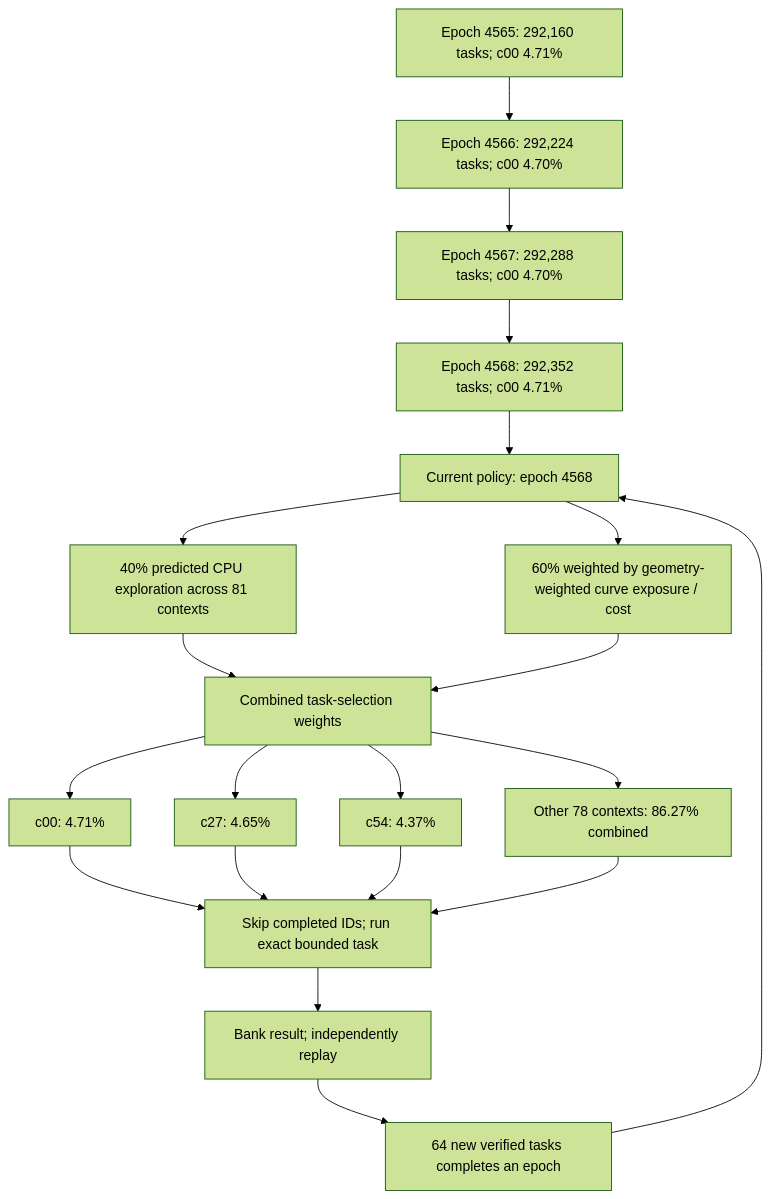
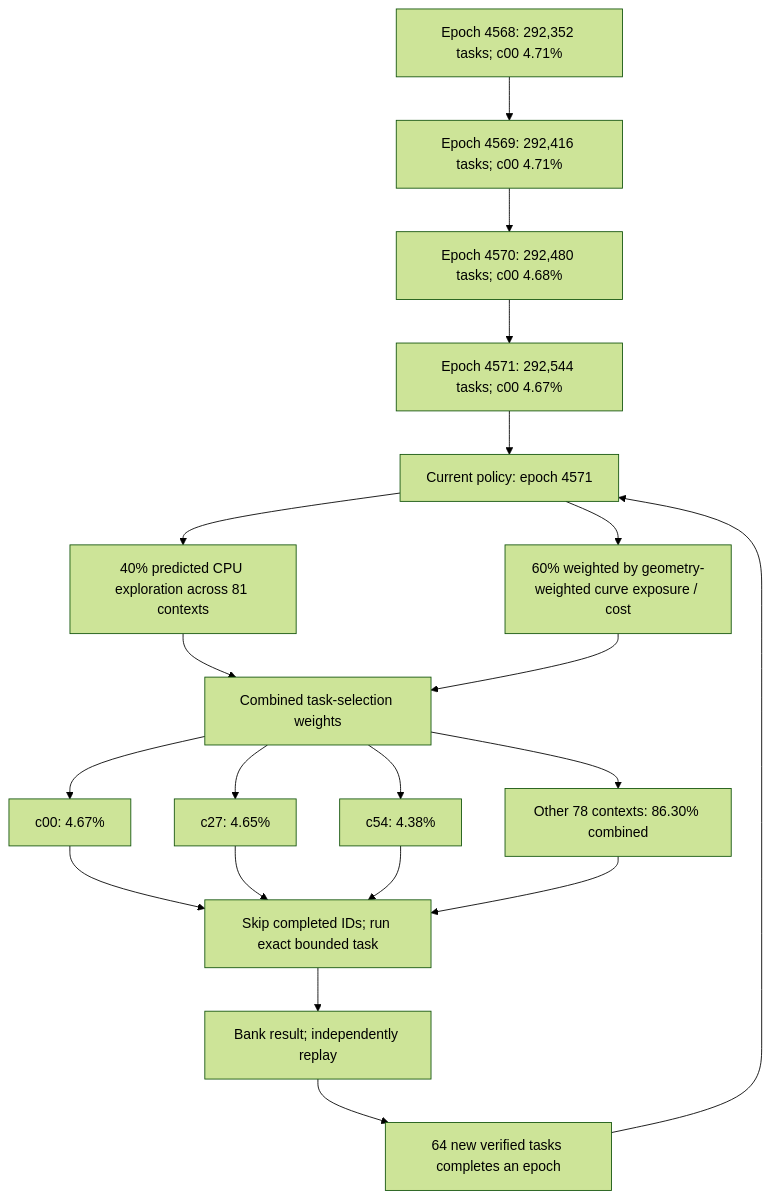
One commit to Kuberwastaken/math-gambling changed the first of 3 diagrams in README.md. Above: the diagram before and after it, drawn with Mermaid (forest theme). The commit also changed other lines of this file and 3689 other files, not shown here.

````diff
--- a/README.md
+++ b/README.md
@@ -60,27 +60,27 @@
 ```mermaid
 flowchart TD
-    H0["Epoch 4565: 292,160 tasks; c00 4.71%"]
-    H1["Epoch 4566: 292,224 tasks; c00 4.70%"]
+    H0["Epoch 4568: 292,352 tasks; c00 4.71%"]
+    H1["Epoch 4569: 292,416 tasks; c00 4.71%"]
     H0 --> H1
-    H2["Epoch 4567: 292,288 tasks; c00 4.70%"]
+    H2["Epoch 4570: 292,480 tasks; c00 4.68%"]
     H1 --> H2
-    H3["Epoch 4568: 292,352 tasks; c00 4.71%"]
+    H3["Epoch 4571: 292,544 tasks; c00 4.67%"]
     H2 --> H3
-    Policy["Current policy: epoch 4568"]
+    Policy["Current policy: epoch 4571"]
     H3 --> Policy
     Policy --> Explore["40% predicted CPU exploration across 81 contexts"]
     Policy --> Cost["60% weighted by geometry-weighted curve exposure / cost"]
     Explore --> Mix["Combined task-selection weights"]
     Cost --> Mix
-    Mix --> C0["c00: 4.71%"]
+    Mix --> C0["c00: 4.67%"]
     Mix --> C1["c27: 4.65%"]
-    Mix --> C2["c54: 4.37%"]
-    Mix --> Rest["Other 78 contexts: 86.27% combined"]
+    Mix --> C2["c54: 4.38%"]
+    Mix --> Rest["Other 78 contexts: 86.30% combined"]
     C0 --> Check["Skip completed IDs; run exact bounded task"]
     C1 --> Check
     C2 --> Check
     Rest --> Check
     Check --> Replay["Bank result; independently replay"]
     Replay --> Gate["64 new verified tasks completes an epoch"]
     Gate --> Policy
 ```
````
